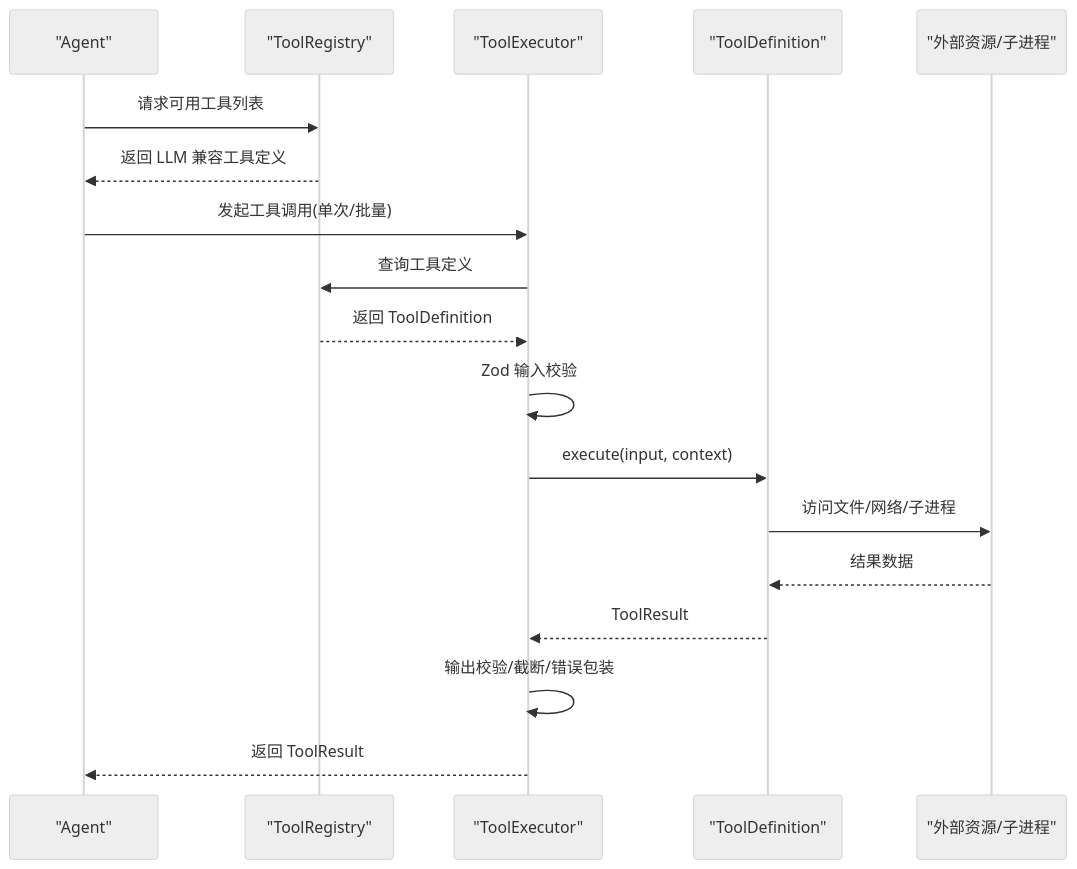
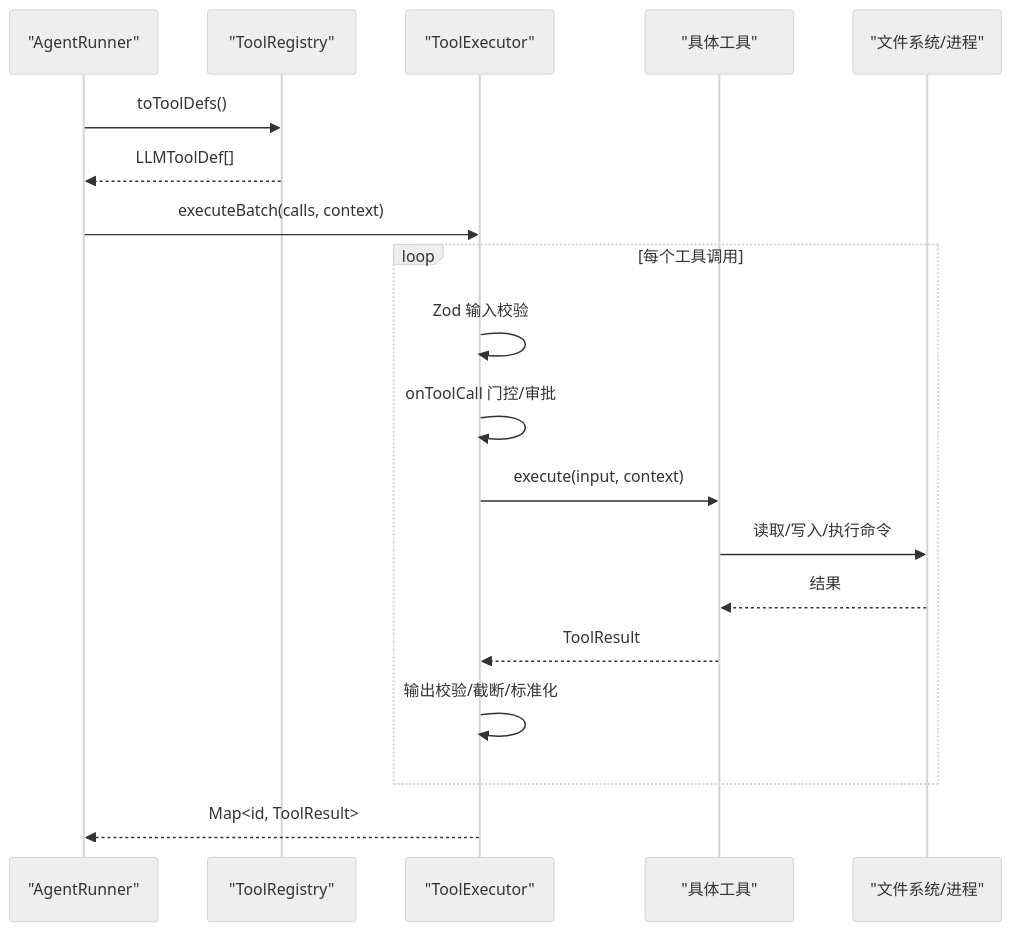
Before and after one commit to haolange/open-multi-agent: the second of 6 diagrams in .qoder/repowiki/zh/content/工具系统/工具系统.md, drawn with Mermaid (neutral theme). The commit also changed other lines of this file and 293 other files, not shown here.

````diff
--- a/.qoder/repowiki/zh/content/工具系统/工具系统.md
+++ b/.qoder/repowiki/zh/content/工具系统/工具系统.md
@@ -132,20 +103,21 @@
 ```mermaid
 sequenceDiagram
-participant Agent as "Agent"
-participant Reg as "ToolRegistry"
-participant Exec as "ToolExecutor"
-participant Tool as "ToolDefinition"
-participant OS as "外部资源/子进程"
-Agent->>Reg : 请求可用工具列表
-Reg-->>Agent : 返回 LLM 兼容工具定义
-Agent->>Exec : 发起工具调用(单次/批量)
-Exec->>Reg : 查询工具定义
-Reg-->>Exec : 返回 ToolDefinition
-Exec->>Exec : Zod 输入校验
-Exec->>Tool : execute(input, context)
-Tool->>OS : 访问文件/网络/子进程
-OS-->>Tool : 结果数据
-Tool-->>Exec : ToolResult
-Exec->>Exec : 输出校验/截断/错误包装
-Exec-->>Agent : 返回 ToolResult
+participant Runner as "AgentRunner"
+participant Registry as "ToolRegistry"
+participant Executor as "ToolExecutor"
+participant Tool as "具体工具"
+participant FS as "文件系统/进程"
+Runner->>Registry : toToolDefs()
+Registry-->>Runner : LLMToolDef[]
+Runner->>Executor : executeBatch(calls, context)
+loop 每个工具调用
+Executor->>Executor : Zod 输入校验
+Executor->>Executor : onToolCall 门控/审批
+Executor->>Tool : execute(input, context)
+Tool->>FS : 读取/写入/执行命令
+FS-->>Tool : 结果
+Tool-->>Executor : ToolResult
+Executor->>Executor : 输出校验/截断/标准化
+end
+Executor-->>Runner : Map<id, ToolResult>
 ```
````
